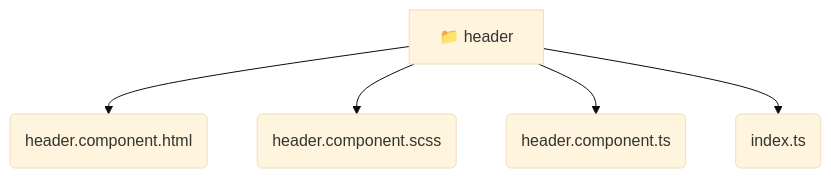
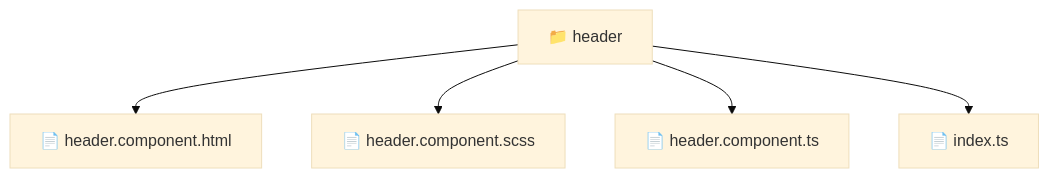
The diagram in frontend/src/widgets/header/README.md (beginwebdev2002/fullstack-mavluda), drawn with Mermaid (base theme) before and after one commit. The commit also changed other lines of this file and 163 other files, not shown here.

````diff
--- a/frontend/src/widgets/header/README.md
+++ b/frontend/src/widgets/header/README.md
@@ -11,8 +10,8 @@
 ```mermaid
 graph TD
-  header[📁 header]
-  header --> header_header_component_html(header.component.html)
-  header --> header_header_component_scss(header.component.scss)
-  header --> header_header_component_ts(header.component.ts)
-  header --> header_index_ts(index.ts)
+  Root["📁 header"]
+  Root --> headercomponenthtml["📄 header.component.html"]
+  Root --> headercomponentscss["📄 header.component.scss"]
+  Root --> headercomponentts["📄 header.component.ts"]
+  Root --> indexts["📄 index.ts"]
 ```
````
